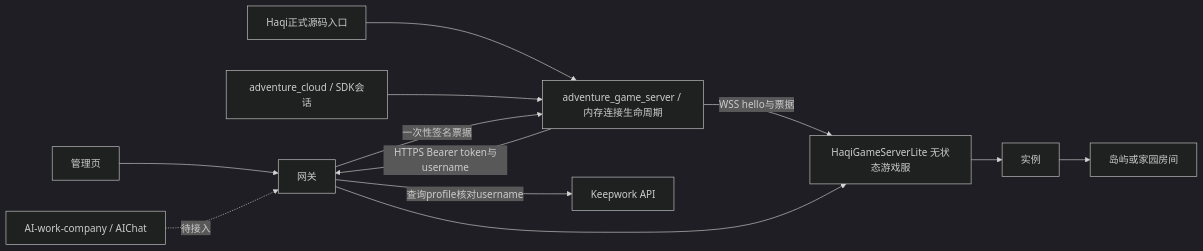
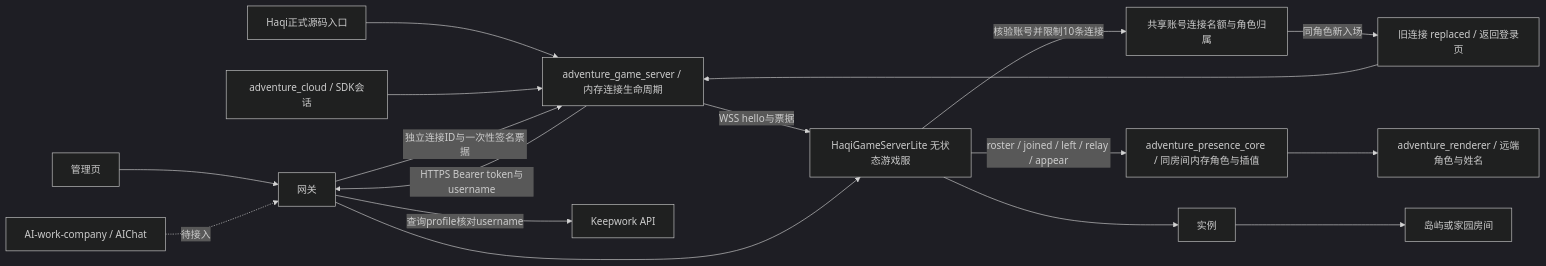
One commit to LiXizhi/HaqiWebTools changed the second of 60 diagrams in HaqiCombatSim/docs/architecture.md. Above: the diagram before and after it, drawn with Mermaid (dark theme). The commit also changed other lines of this file and 32 other files, not shown here.

````diff
--- a/HaqiCombatSim/docs/architecture.md
+++ b/HaqiCombatSim/docs/architecture.md
@@ -9,14 +26,19 @@
 ```mermaid
 flowchart LR
     Admin[管理页] --> Gateway[网关]
     Haqi[Haqi正式源码入口] --> Session[adventure_game_server / 内存连接生命周期]
     Cloud[adventure_cloud / SDK会话] --> Session
     Session -->|HTTPS Bearer token与username| Gateway
     Gateway -->|查询profile核对username| Keepwork[Keepwork API]
-    Gateway -->|一次性签名票据| Session
+    Gateway -->|独立连接ID与一次性签名票据| Session
     Session -->|WSS hello与票据| Game[HaqiGameServerLite 无状态游戏服]
     Clients[AI-work-company / AIChat] -. 待接入 .-> Gateway
     Gateway --> Game
+    Game -->|核验账号并限制10条连接| Slots[共享账号连接名额与角色归属]
+    Slots -->|同角色新入场| Kick[旧连接 replaced / 返回登录页]
+    Kick --> Session
+    Game -->|roster / joined / left / relay / appear| Peers[adventure_presence_core / 同房间内存角色与插值]
+    Peers --> Render[adventure_renderer / 远端角色与姓名]
     Game --> Instance[实例]
     Instance --> Room[岛屿或家园房间]
 ```
````
